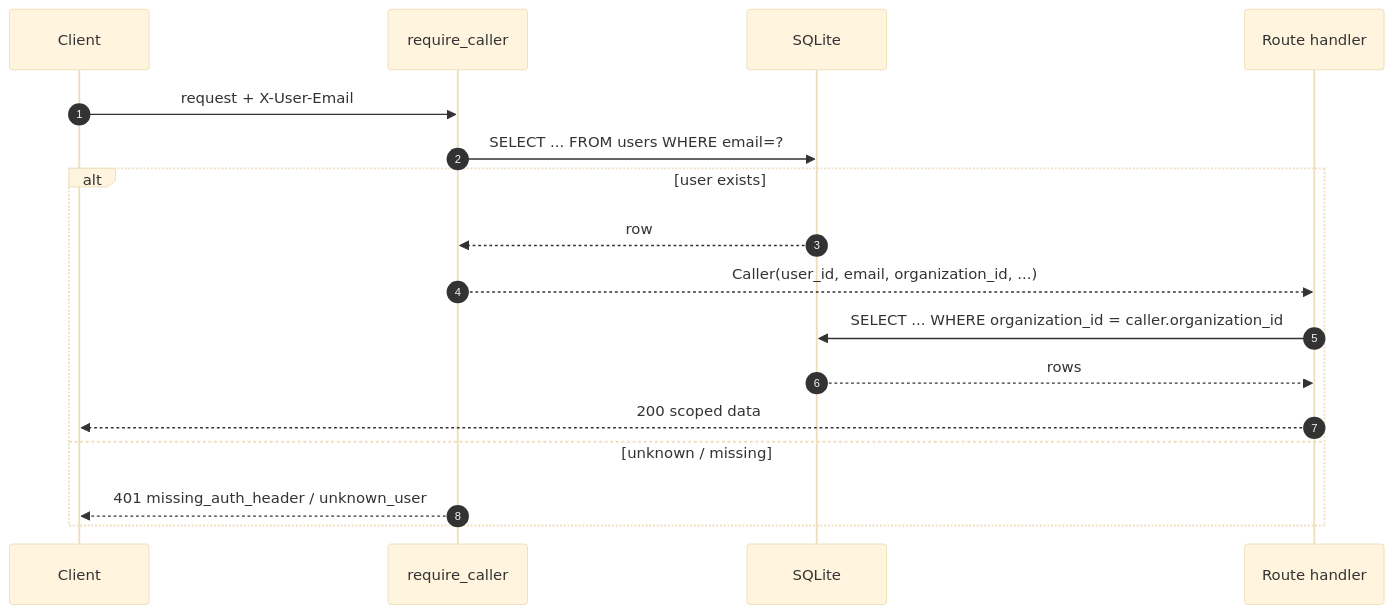
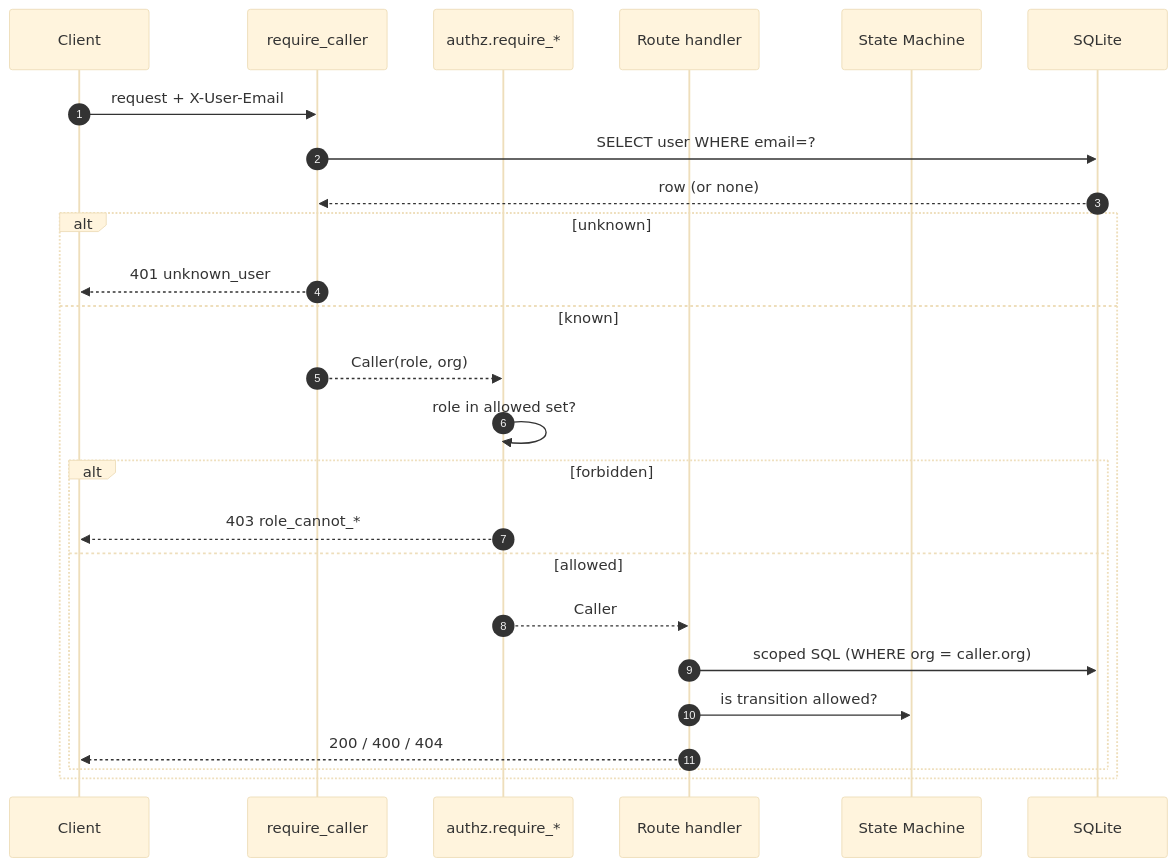
Before and after one commit to thekidd2227/chartnav-platform: the diagram in docs/build/07-auth-and-scoping.md, drawn with Mermaid (base theme). The commit also changed other lines of this file and 22 other files, not shown here.

````diff
--- a/docs/build/07-auth-and-scoping.md
+++ b/docs/build/07-auth-and-scoping.md
@@ -54,20 +110,28 @@
 ```mermaid
 sequenceDiagram
   autonumber
   participant C as Client
   participant Auth as require_caller
+  participant RZ as authz.require_*
+  participant R as Route handler
+  participant SM as State Machine
   participant DB as SQLite
-  participant R as Route handler
 
   C->>Auth: request + X-User-Email
-  Auth->>DB: SELECT ... FROM users WHERE email=?
-  alt user exists
-    DB-->>Auth: row
-    Auth-->>R: Caller(user_id, email, organization_id, ...)
-    R->>DB: SELECT ... WHERE organization_id = caller.organization_id
-    DB-->>R: rows
-    R-->>C: 200 scoped data
-  else unknown / missing
-    Auth-->>C: 401 missing_auth_header / unknown_user
+  Auth->>DB: SELECT user WHERE email=?
+  DB-->>Auth: row (or none)
+  alt unknown
+    Auth-->>C: 401 unknown_user
+  else known
+    Auth-->>RZ: Caller(role, org)
+    RZ->>RZ: role in allowed set?
+    alt forbidden
+      RZ-->>C: 403 role_cannot_*
+    else allowed
+      RZ-->>R: Caller
+      R->>DB: scoped SQL (WHERE org = caller.org)
+      R->>SM: is transition allowed?
+      R-->>C: 200 / 400 / 404
+    end
   end
 ```
````
